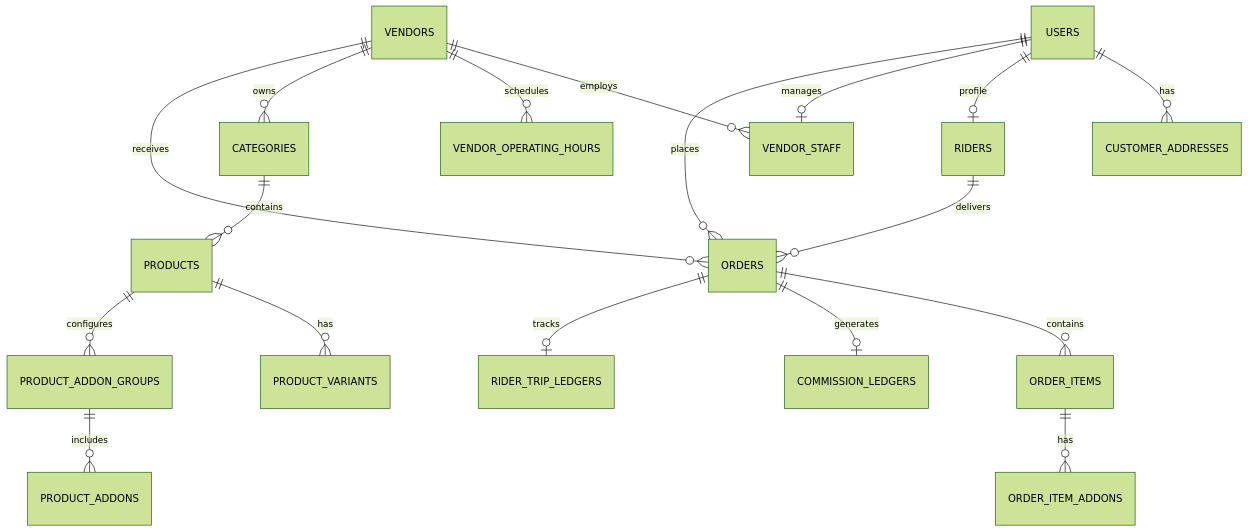
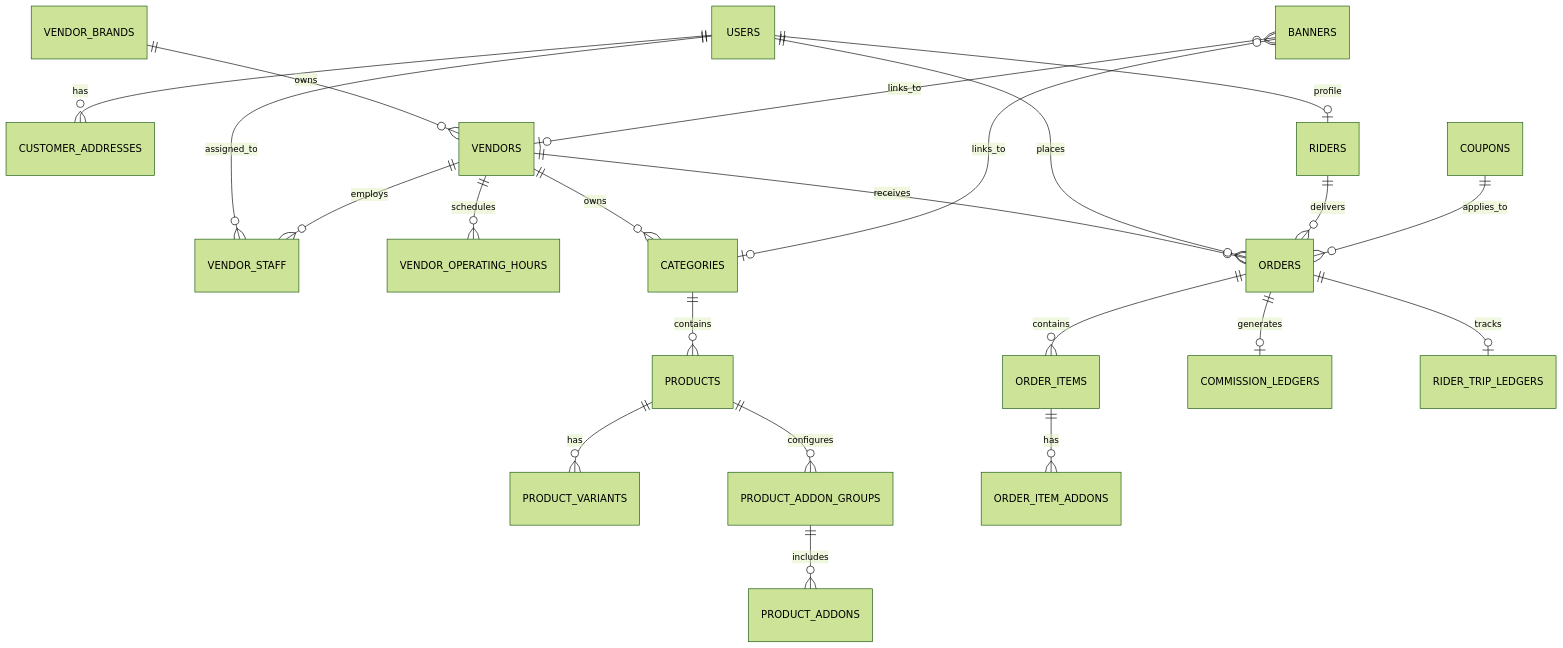
One commit to ihjohny/DeliveryOS changed the diagram in context_docs/technical-implementation-documents/02-database-schema-and-data-models.md. Above: the diagram before and after it, drawn with Mermaid (forest theme). The commit also changed other lines of this file and 9 other files, not shown here.

````diff
--- a/context_docs/technical-implementation-documents/02-database-schema-and-data-models.md
+++ b/context_docs/technical-implementation-documents/02-database-schema-and-data-models.md
@@ -11,23 +11,28 @@
 ```mermaid
 erDiagram
     USERS ||--o{ CUSTOMER_ADDRESSES : has
     USERS ||--o| RIDERS : profile
-    USERS ||--o| VENDOR_STAFF : manages
+    USERS ||--o{ VENDOR_STAFF : assigned_to
 
+    VENDOR_BRANDS ||--o{ VENDORS : owns
     VENDORS ||--o{ VENDOR_STAFF : employs
     VENDORS ||--o{ VENDOR_OPERATING_HOURS : schedules
     VENDORS ||--o{ CATEGORIES : owns
     CATEGORIES ||--o{ PRODUCTS : contains
     PRODUCTS ||--o{ PRODUCT_VARIANTS : has
     PRODUCTS ||--o{ PRODUCT_ADDON_GROUPS : configures
     PRODUCT_ADDON_GROUPS ||--o{ PRODUCT_ADDONS : includes
 
     VENDORS ||--o{ ORDERS : receives
     USERS ||--o{ ORDERS : places
     RIDERS ||--o{ ORDERS : delivers
+    COUPONS ||--o{ ORDERS : applies_to
     ORDERS ||--o{ ORDER_ITEMS : contains
     ORDER_ITEMS ||--o{ ORDER_ITEM_ADDONS : has
 
     ORDERS ||--o| COMMISSION_LEDGERS : generates
     ORDERS ||--o| RIDER_TRIP_LEDGERS : tracks
+
+    BANNERS }o--o| VENDORS : links_to
+    BANNERS }o--o| CATEGORIES : links_to
 ```
````
